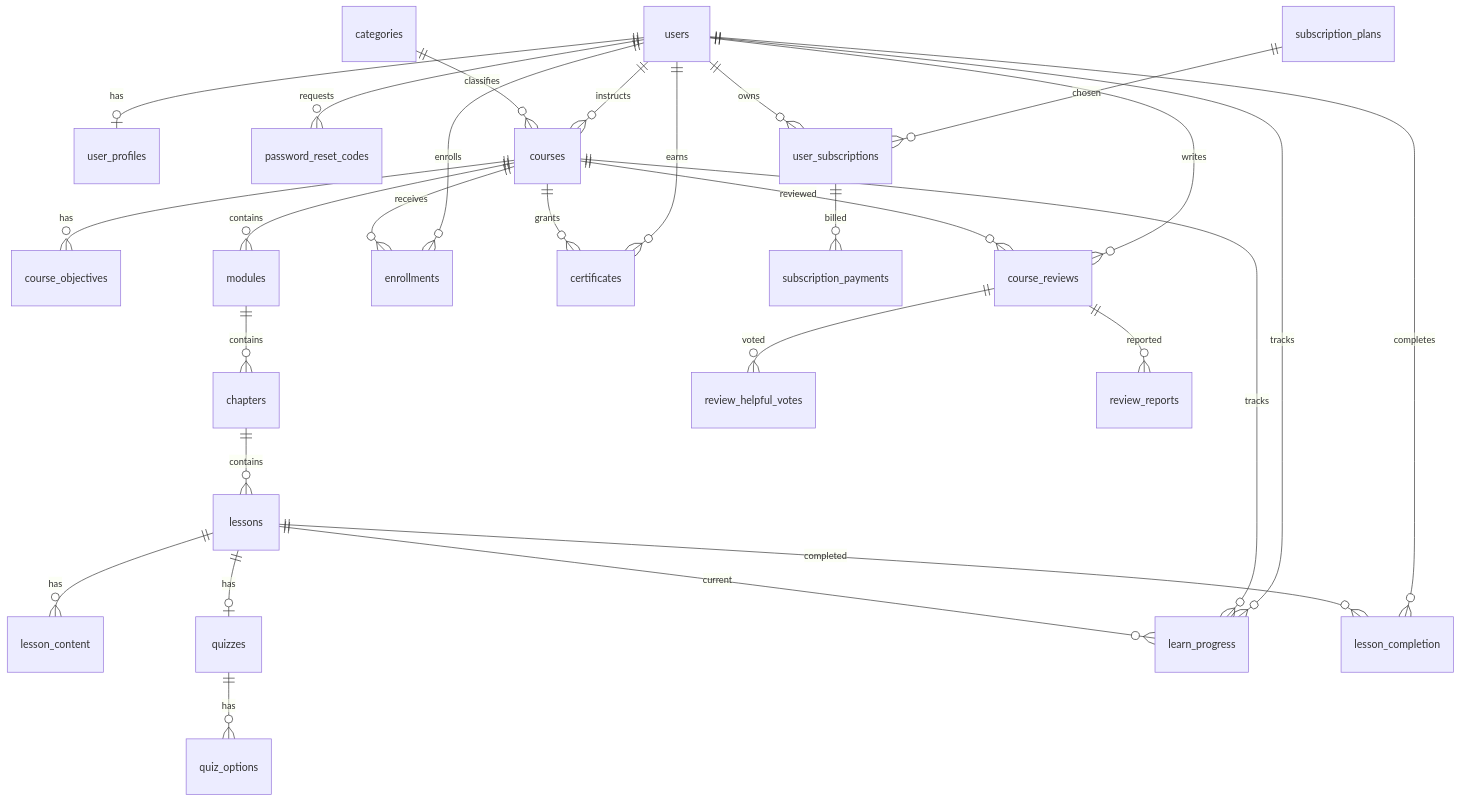
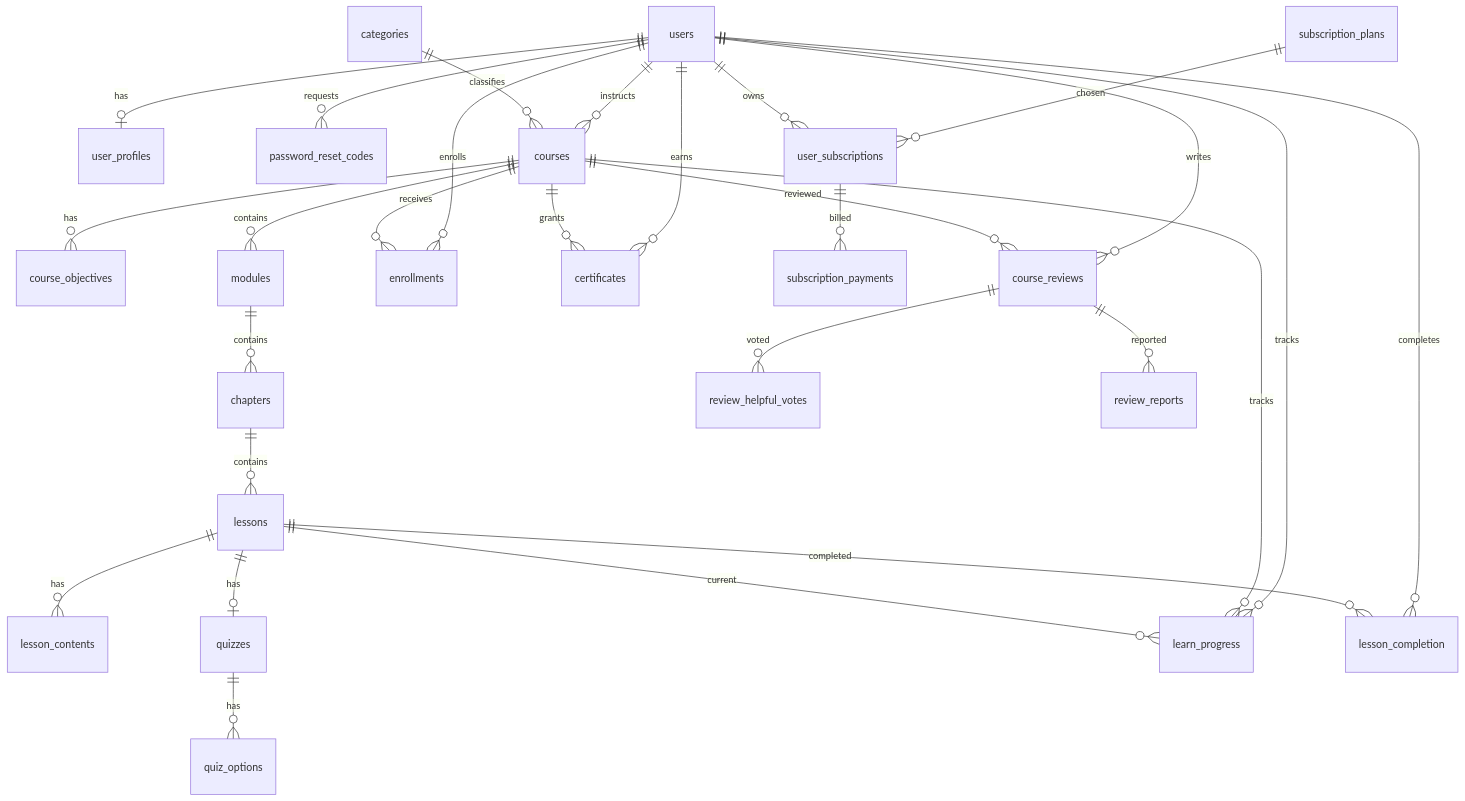
The diagram in docs/04-design/database-design.md (Rafy-Tho/LearnSphere), drawn with Mermaid before and after one commit. The commit also changed other lines of this file and 7 other files, not shown here.

First line of the commit message:
fix(db): resolve schema drift and harden password reset (P0-2, P0-15)

````diff
--- a/docs/04-design/database-design.md
+++ b/docs/04-design/database-design.md
@@ -18,30 +18,30 @@
 ```mermaid
 erDiagram
   users ||--o| user_profiles : has
   users ||--o{ password_reset_codes : requests
   users ||--o{ courses : instructs
   categories ||--o{ courses : classifies
   courses ||--o{ course_objectives : has
   courses ||--o{ modules : contains
   modules ||--o{ chapters : contains
   chapters ||--o{ lessons : contains
-  lessons ||--o{ lesson_content : has
+  lessons ||--o{ lesson_contents : has
   lessons ||--o| quizzes : has
   quizzes ||--o{ quiz_options : has
   users ||--o{ enrollments : enrolls
   courses ||--o{ enrollments : receives
   users ||--o{ learn_progress : tracks
   courses ||--o{ learn_progress : tracks
   lessons ||--o{ learn_progress : current
   users ||--o{ lesson_completion : completes
   lessons ||--o{ lesson_completion : completed
   users ||--o{ certificates : earns
   courses ||--o{ certificates : grants
   subscription_plans ||--o{ user_subscriptions : chosen
   users ||--o{ user_subscriptions : owns
   user_subscriptions ||--o{ subscription_payments : billed
   users ||--o{ course_reviews : writes
   courses ||--o{ course_reviews : reviewed
   course_reviews ||--o{ review_helpful_votes : voted
   course_reviews ||--o{ review_reports : reported
 ```
````
